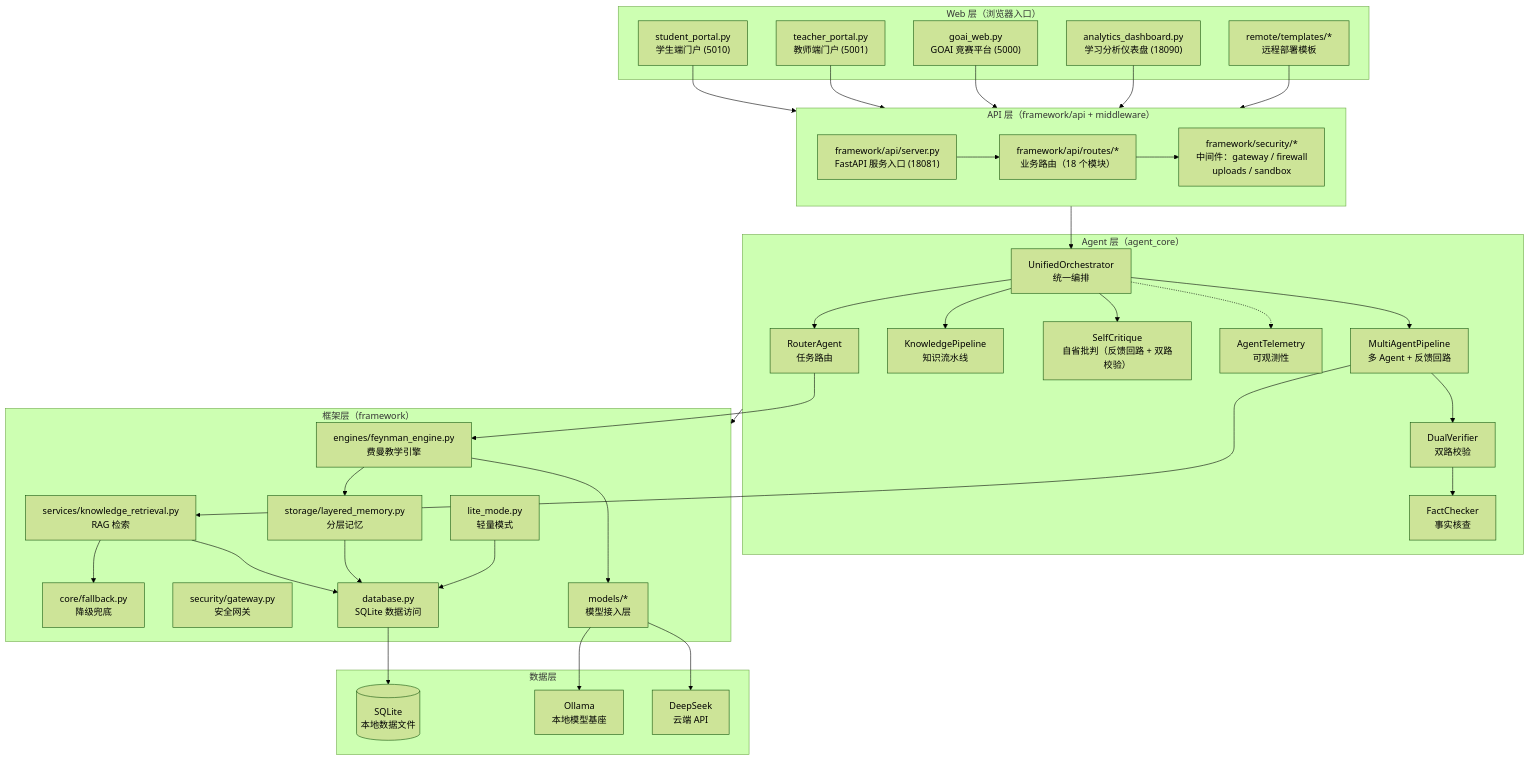
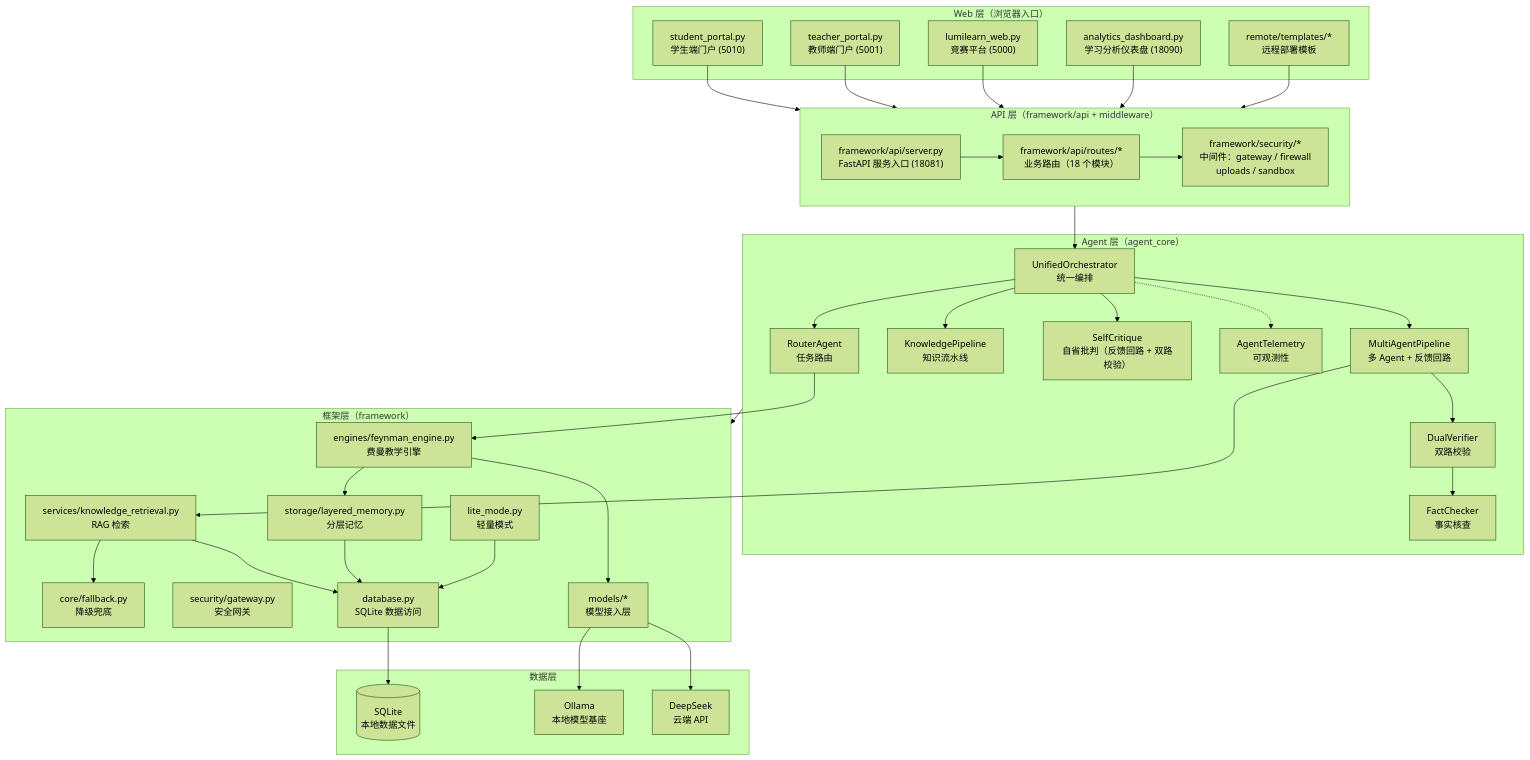
Before and after one commit to k3234/lumilearn: the diagram in docs/ARCHITECTURE.md, drawn with Mermaid (forest theme). The commit also changed other lines of this file and 81 other files, not shown here.

````diff
--- a/docs/ARCHITECTURE.md
+++ b/docs/ARCHITECTURE.md
@@ -13,76 +13,76 @@
 ```mermaid
 graph TD
     subgraph WEB["Web 层（浏览器入口）"]
         SP["student_portal.py<br/>学生端门户 (5010)"]
         TP["teacher_portal.py<br/>教师端门户 (5001)"]
-        GW["goai_web.py<br/>GOAI 竞赛平台 (5000)"]
+        GW["lumilearn_web.py<br/>竞赛平台 (5000)"]
         AD["analytics_dashboard.py<br/>学习分析仪表盘 (18090)"]
         RT["remote/templates/*<br/>远程部署模板"]
     end
 
     subgraph API["API 层（framework/api + middleware）"]
         SVR["framework/api/server.py<br/>FastAPI 服务入口 (18081)"]
         ROUTES["framework/api/routes/*<br/>业务路由（18 个模块）"]
         MW["framework/security/*<br/>中间件：gateway / firewall<br/>uploads / sandbox"]
     end
 
     subgraph AGENT["Agent 层（agent_core）"]
         ORC["UnifiedOrchestrator<br/>统一编排"]
         RTR["RouterAgent<br/>任务路由"]
         KP["KnowledgePipeline<br/>知识流水线"]
         MA["MultiAgentPipeline<br/>多 Agent + 反馈回路"]
         CR["SelfCritique<br/>自省批判（反馈回路 + 双路校验）"]
         VR["DualVerifier<br/>双路校验"]
         FC["FactChecker<br/>事实核查"]
         OBS["AgentTelemetry<br/>可观测性"]
     end
 
     subgraph FW["框架层（framework）"]
         FE["engines/feynman_engine.py<br/>费曼教学引擎"]
         KR["services/knowledge_retrieval.py<br/>RAG 检索"]
         FB["core/fallback.py<br/>降级兜底"]
         LM["storage/layered_memory.py<br/>分层记忆"]
         SG["security/gateway.py<br/>安全网关"]
         DB["database.py<br/>SQLite 数据访问"]
         LMODE["lite_mode.py<br/>轻量模式"]
         ML["models/*<br/>模型接入层"]
     end
 
     subgraph DATA["数据层"]
         SQL[("SQLite<br/>本地数据文件")]
         OLLAMA["Ollama<br/>本地模型基座"]
         DS["DeepSeek<br/>云端 API"]
     end
 
     SP --> API
     TP --> API
     GW --> API
     AD --> API
     RT --> API
 
     ROUTES --> MW
     SVR --> ROUTES
 
     API --> ORC
     ORC --> RTR
     ORC --> KP
     ORC --> MA
     ORC --> CR
     MA --> VR
     VR --> FC
     ORC -.-> OBS
 
     RTR --> FE
     KR --> FB
     FE --> LM
     MA --> KR
     AGENT --> FW
 
     DB --> SQL
     ML --> OLLAMA
     ML --> DS
     FE --> ML
     KR --> DB
     LM --> DB
     LMODE --> DB
 ```
````
